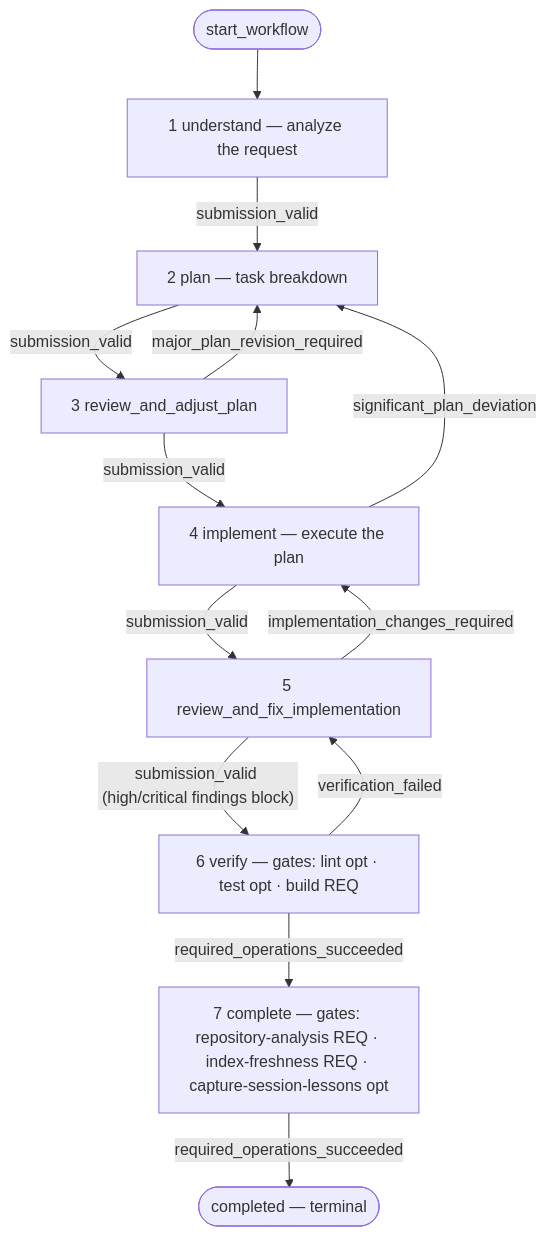
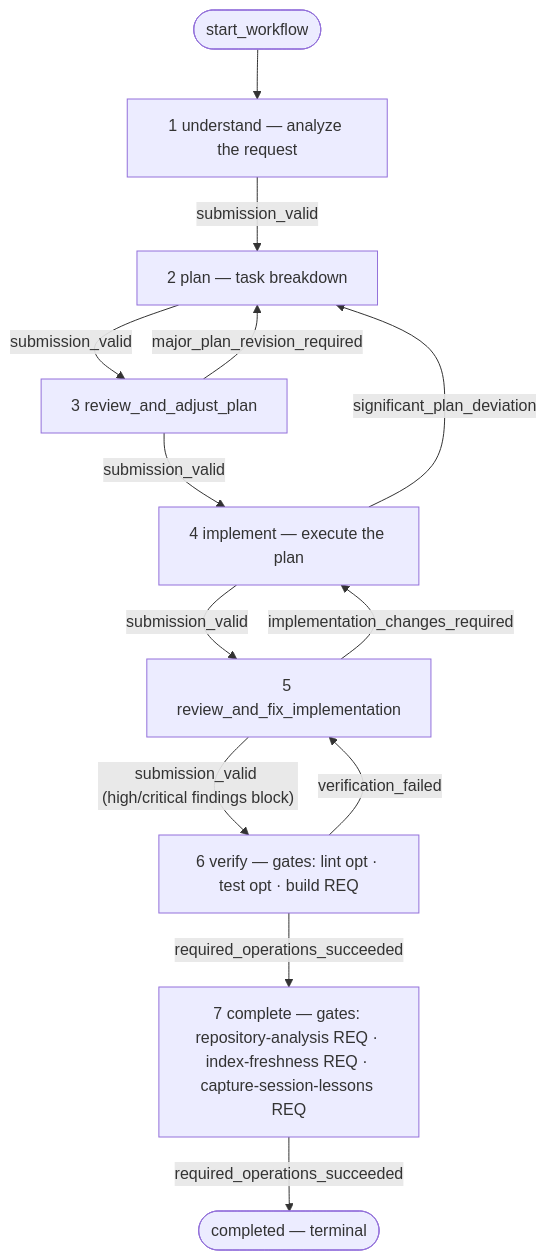
Before and after one commit to paschbaer/thinking-mcp: the third of 3 diagrams in servers/server-guidance/README.md, drawn with Mermaid. The commit also changed other lines of this file, not shown here.

````diff
--- a/servers/server-guidance/README.md
+++ b/servers/server-guidance/README.md
@@ -1564,15 +1565,15 @@
 ```mermaid
 flowchart TD
     S(["start_workflow"]) --> P1["1 understand — analyze the request"]
     P1 -->|"submission_valid"| P2["2 plan — task breakdown"]
     P2 -->|"submission_valid"| P3["3 review_and_adjust_plan"]
     P3 -->|"major_plan_revision_required"| P2
     P3 -->|"submission_valid"| P4["4 implement — execute the plan"]
     P4 -->|"submission_valid"| P5["5 review_and_fix_implementation"]
     P4 -->|"significant_plan_deviation"| P2
     P5 -->|"implementation_changes_required"| P4
     P5 -->|"submission_valid (high/critical findings block)"| P6["6 verify — gates: lint opt · test opt · build REQ"]
     P6 -->|"verification_failed"| P5
-    P6 -->|"required_operations_succeeded"| P7["7 complete — gates: repository-analysis REQ · index-freshness REQ · capture-session-lessons opt"]
+    P6 -->|"required_operations_succeeded"| P7["7 complete — gates: repository-analysis REQ · index-freshness REQ · capture-session-lessons REQ"]
     P7 -->|"required_operations_succeeded"| DONE(["completed — terminal"])
 ```
````
